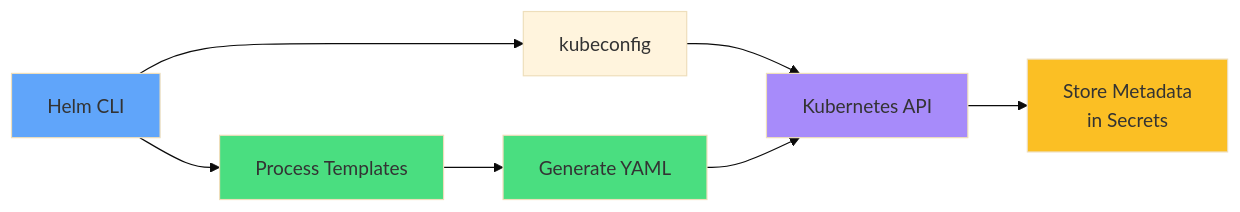
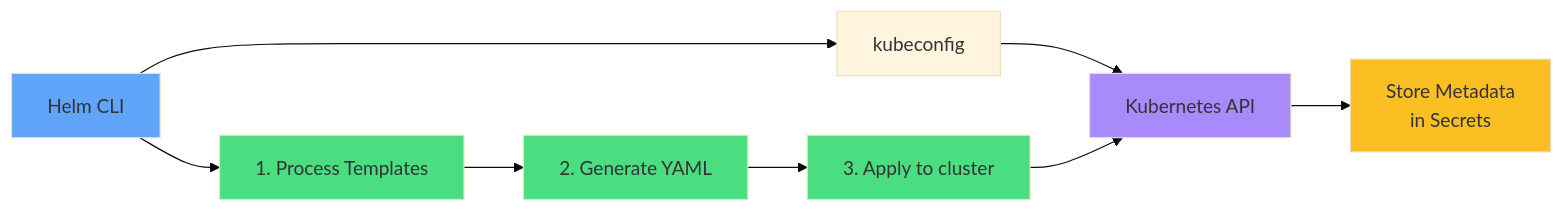
The third of 11 diagrams in slides/helm/slides.md (courselabs/kubernetes), drawn with Mermaid (base theme) before and after one commit. The commit also changed other lines of this file and 5 other files, not shown here.

````diff
--- a/slides/helm/slides.md
+++ b/slides/helm/slides.md
@@ -111,14 +123,16 @@
 ```mermaid
 graph LR
     H[Helm CLI] --> K[kubeconfig]
     K --> A[Kubernetes API]
-    H --> P1[Process Templates]
-    P1 --> P2[Generate YAML]
-    P2 --> A
+    H --> P1[1. Process Templates]
+    P1 --> P2[2. Generate YAML]
+    P2 --> P3[3. Apply to cluster]
+    P3 --> A
     A --> S[Store Metadata<br/>in Secrets]
     style H fill:#60a5fa
     style P1 fill:#4ade80
     style P2 fill:#4ade80
+    style P3 fill:#4ade80
     style A fill:#a78bfa
     style S fill:#fbbf24
 ```
````
